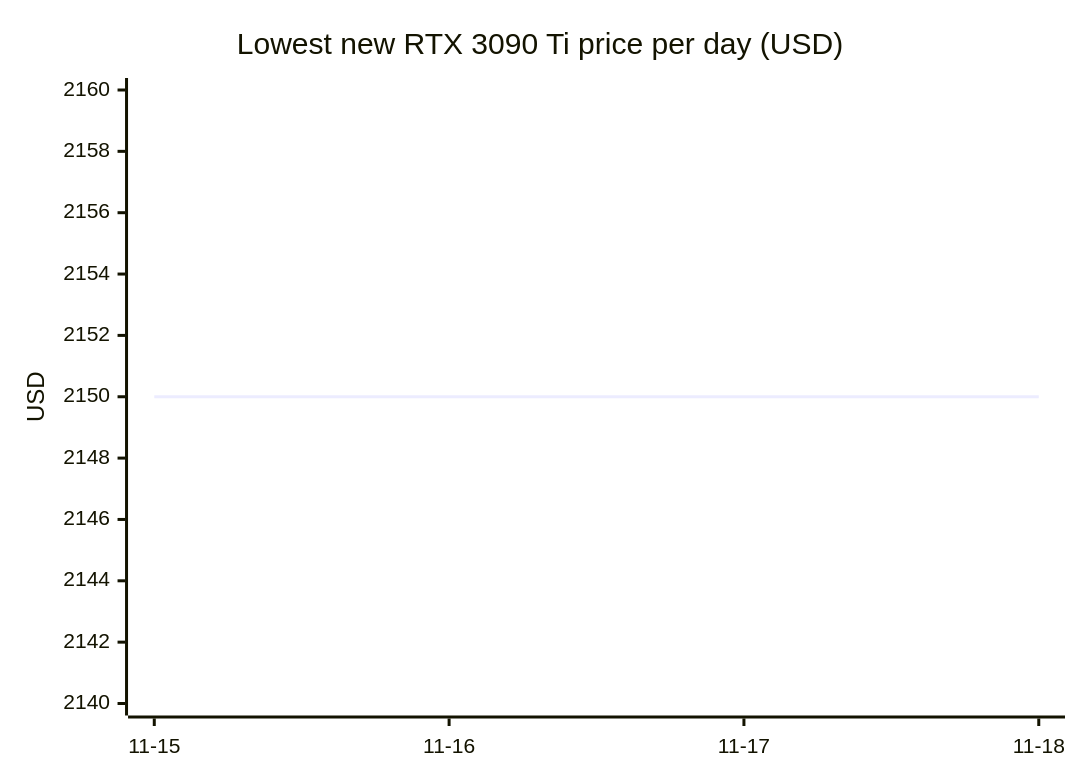
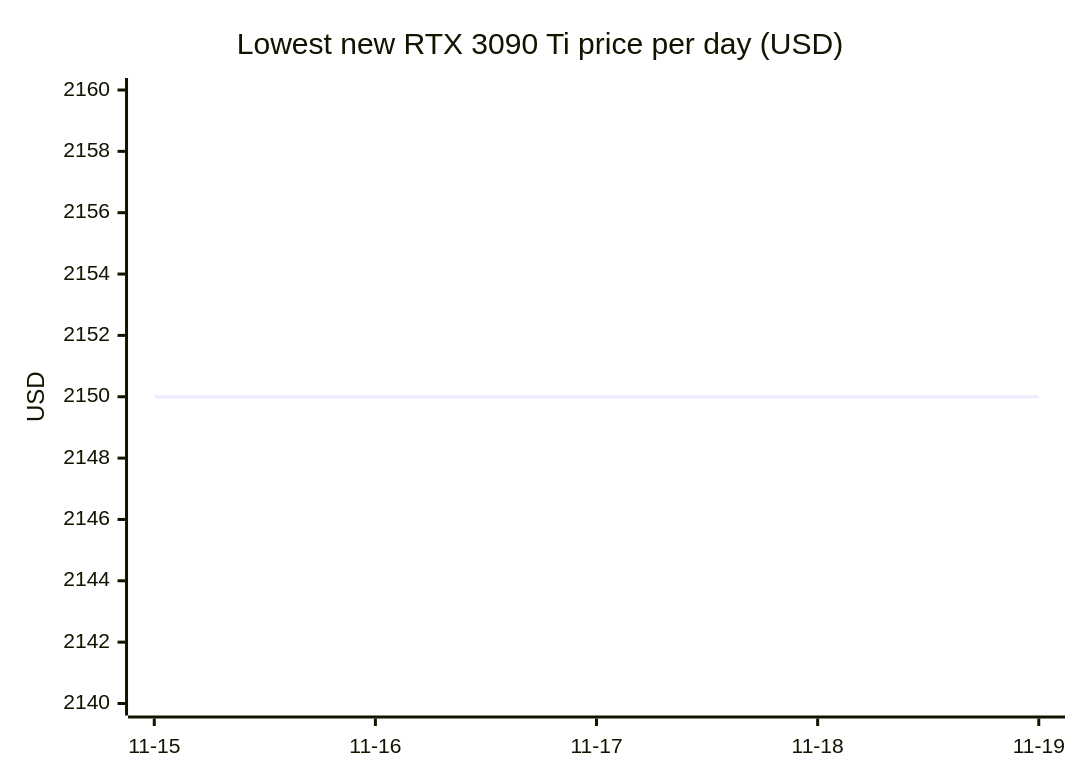
Before and after one commit to 7324136828/4tb_ssd_price_watch: the eighth of 18 diagrams in README.md, drawn with Mermaid. The commit also changed other lines of this file, not shown here.

````diff
--- a/README.md
+++ b/README.md
@@ -681,7 +738,7 @@
 ```mermaid
 xychart-beta
     title "Lowest new RTX 3090 Ti price per day (USD)"
-    x-axis ["11-15", "11-16", "11-17", "11-18"]
+    x-axis ["11-15", "11-16", "11-17", "11-18", "11-19"]
     y-axis "USD" 2140 --> 2160
-    line [2150.00, 2150.00, 2150.00, 2150.00]
+    line [2150.00, 2150.00, 2150.00, 2150.00, 2150.00]
 ```
````
